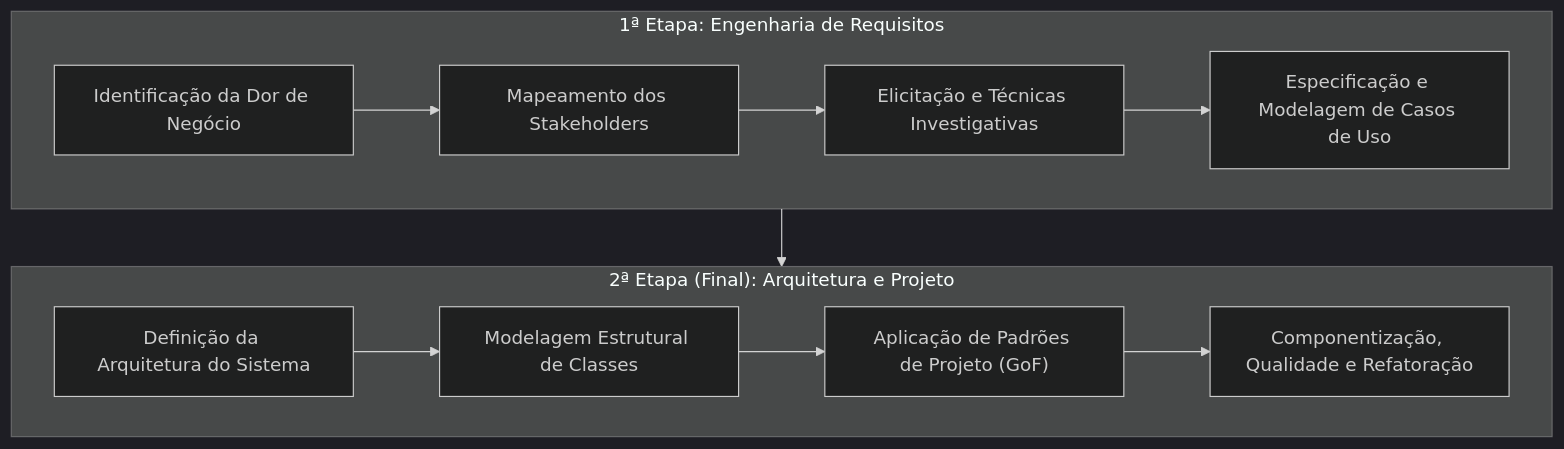
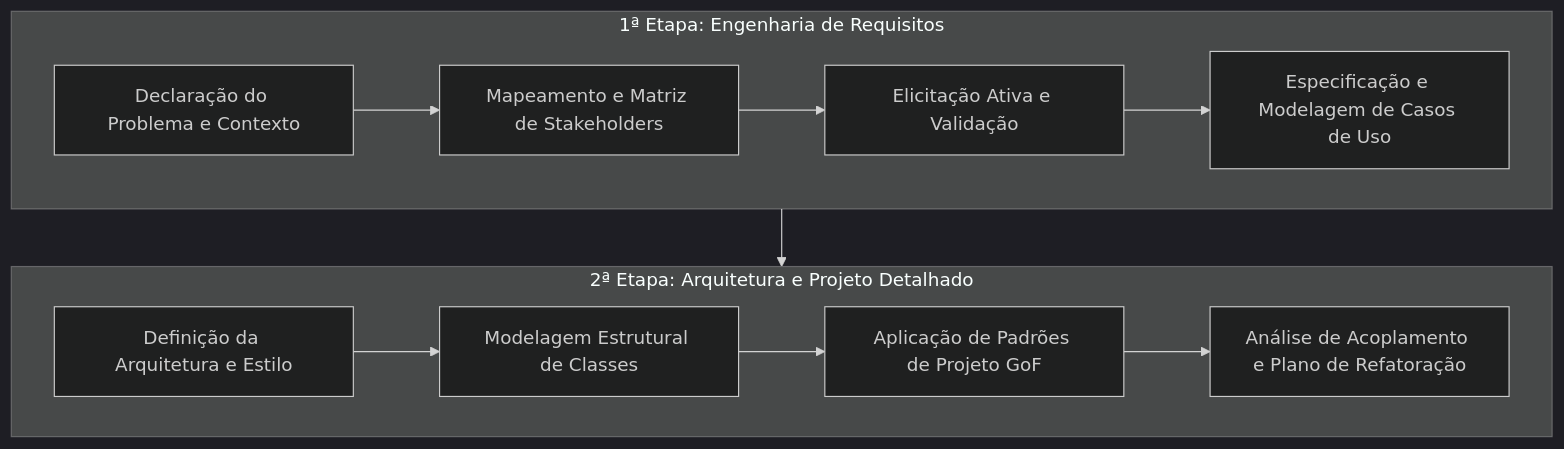
Before and after one commit to murilolol/unifef: the first of 30 diagrams in 4º Semestre/[Prof. Wesley Soares] Engenharia de Software II/Resumos-IA/Caderno-Consolidado.md, drawn with Mermaid (dark theme). The commit also changed other lines of this file and 58 other files, not shown here.

````diff
--- a/4º Semestre/[Prof. Wesley Soares] Engenharia de Software II/Resumos-IA/Caderno-Consolidado.md
+++ b/4º Semestre/[Prof. Wesley Soares] Engenharia de Software II/Resumos-IA/Caderno-Consolidado.md
@@ -103,16 +119,16 @@
 ```mermaid
 flowchart TD
-  subgraph Fase1["1ª Etapa: Engenharia de Requisitos"]
-    E1["Identificação da Dor de Negócio"] --> E2["Mapeamento dos Stakeholders"]
-    E2 --> E3["Elicitação e Técnicas Investigativas"]
-    E3 --> E4["Especificação e Modelagem de Casos de Uso"]
+  subgraph Etapa1["1ª Etapa: Engenharia de Requisitos"]
+    R1["Declaração do Problema e Contexto"] --> R2["Mapeamento e Matriz de Stakeholders"]
+    R2 --> R3["Elicitação Ativa e Validação"]
+    R3 --> R4["Especificação e Modelagem de Casos de Uso"]
   end
 
-  subgraph Fase2["2ª Etapa (Final): Arquitetura e Projeto"]
-    A1["Definição da Arquitetura do Sistema"] --> A2["Modelagem Estrutural de Classes"]
-    A2 --> A3["Aplicação de Padrões de Projeto (GoF)"]
-    A3 --> A4["Componentização, Qualidade e Refatoração"]
+  subgraph Etapa2["2ª Etapa: Arquitetura e Projeto Detalhado"]
+    P1["Definição da Arquitetura e Estilo"] --> P2["Modelagem Estrutural de Classes"]
+    P2 --> P3["Aplicação de Padrões de Projeto GoF"]
+    P3 --> P4["Análise de Acoplamento e Plano de Refatoração"]
   end
 
-  Fase1 --> Fase2
+  Etapa1 --> Etapa2
 ```
````
